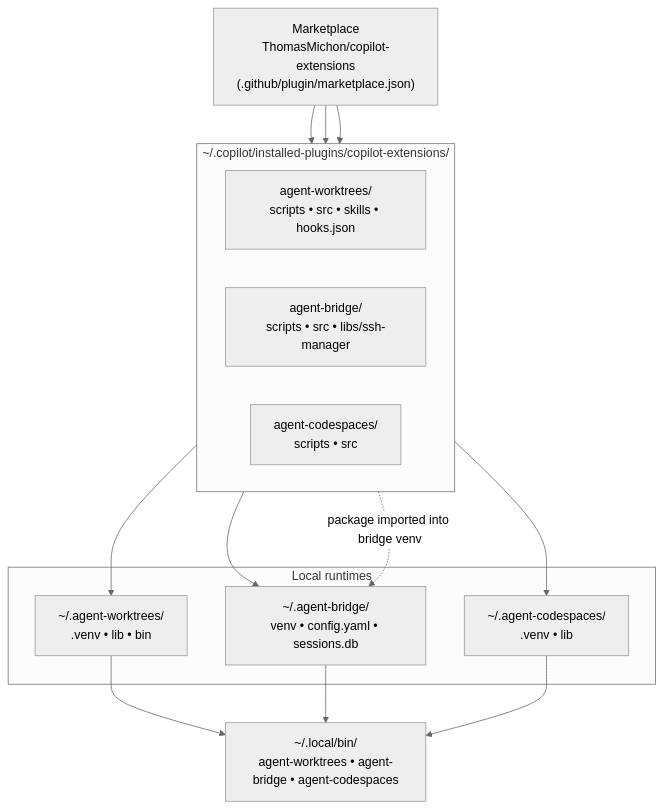
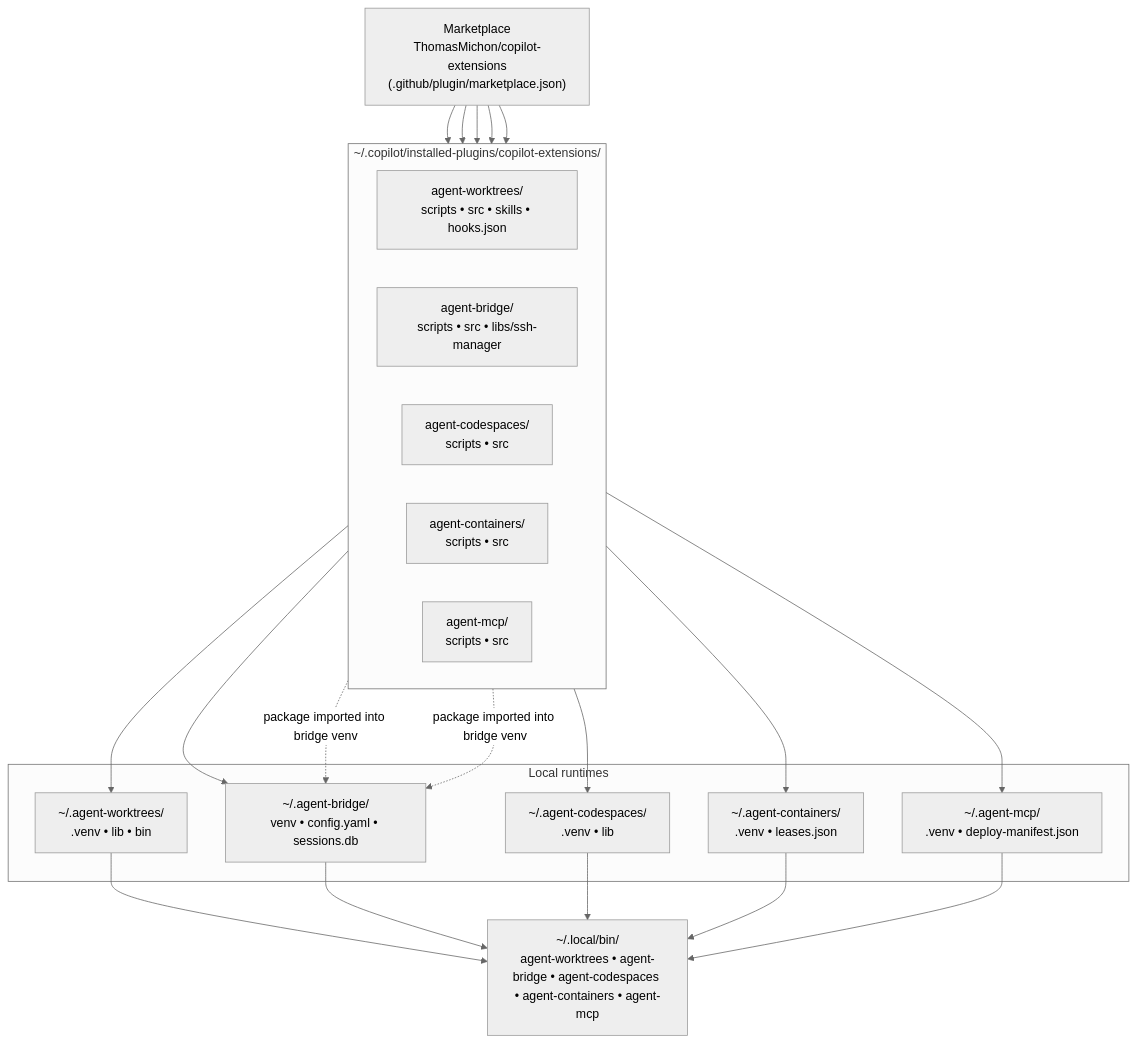
Before and after one commit to ThomasMichon/copilot-extensions: the first of 4 diagrams in docs/architecture.md, drawn with Mermaid (neutral theme). The commit also changed other lines of this file and 32 other files, not shown here.

First line of the commit message:
Document agent-containers + agent-mcp; purge Gitea + internal repo references

````diff
--- a/docs/architecture.md
+++ b/docs/architecture.md
@@ -21,23 +23,32 @@
 ```mermaid
 flowchart TB
     MP["Marketplace<br/>ThomasMichon/copilot-extensions<br/>(.github/plugin/marketplace.json)"]
     subgraph IP["~/.copilot/installed-plugins/copilot-extensions/"]
       direction LR
       AW["agent-worktrees/<br/>scripts • src • skills • hooks.json"]
       AB["agent-bridge/<br/>scripts • src • libs/ssh-manager"]
       AC["agent-codespaces/<br/>scripts • src"]
+      AN["agent-containers/<br/>scripts • src"]
+      AM["agent-mcp/<br/>scripts • src"]
     end
     subgraph RT["Local runtimes"]
       RW["~/.agent-worktrees/<br/>.venv • lib • bin"]
       RB["~/.agent-bridge/<br/>venv • config.yaml • sessions.db"]
       RC["~/.agent-codespaces/<br/>.venv • lib"]
+      RN["~/.agent-containers/<br/>.venv • leases.json"]
+      RM["~/.agent-mcp/<br/>.venv • deploy-manifest.json"]
     end
-    BIN["~/.local/bin/<br/>agent-worktrees • agent-bridge • agent-codespaces"]
+    BIN["~/.local/bin/<br/>agent-worktrees • agent-bridge • agent-codespaces • agent-containers • agent-mcp"]
     MP --> AW --> RW
     MP --> AB --> RB
     MP --> AC --> RC
+    MP --> AN --> RN
+    MP --> AM --> RM
     RW --> BIN
     RB --> BIN
     RC --> BIN
+    RN --> BIN
+    RM --> BIN
     AC -.->|package imported into bridge venv| RB
+    AN -.->|package imported into bridge venv| RB
 ```
````
